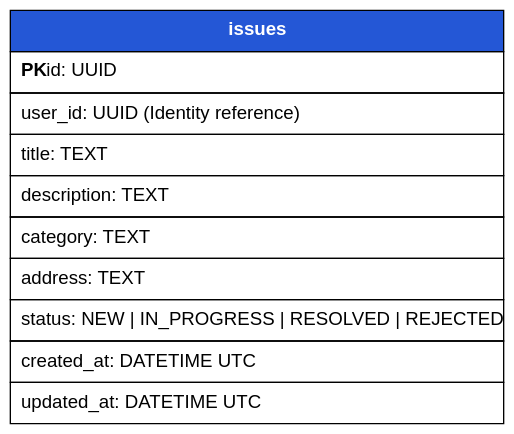
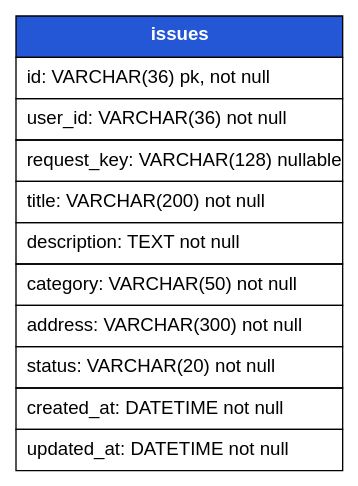
Before and after one commit to dydojopka/SmartCity: the diagram in smart-city/database-design/utility/schema.dot, drawn with Graphviz. The commit also changed 11 other files, not shown here.

```diff
--- a/smart-city/database-design/utility/schema.dot
+++ b/smart-city/database-design/utility/schema.dot
@@ -1,19 +1,5 @@
-digraph utility_schema {
-  graph [rankdir=LR, bgcolor="transparent"];
-  node [shape=plain fontname="Arial"];
-
-  issues [label=<
-    <TABLE BORDER="0" CELLBORDER="1" CELLSPACING="0" CELLPADDING="7">
-      <TR><TD BGCOLOR="#2457d6"><FONT COLOR="white"><B>issues</B></FONT></TD></TR>
-      <TR><TD ALIGN="LEFT"><B>PK</B> id: UUID</TD></TR>
-      <TR><TD ALIGN="LEFT">user_id: UUID (Identity reference)</TD></TR>
-      <TR><TD ALIGN="LEFT">title: TEXT</TD></TR>
-      <TR><TD ALIGN="LEFT">description: TEXT</TD></TR>
-      <TR><TD ALIGN="LEFT">category: TEXT</TD></TR>
-      <TR><TD ALIGN="LEFT">address: TEXT</TD></TR>
-      <TR><TD ALIGN="LEFT">status: NEW | IN_PROGRESS | RESOLVED | REJECTED</TD></TR>
-      <TR><TD ALIGN="LEFT">created_at: DATETIME UTC</TD></TR>
-      <TR><TD ALIGN="LEFT">updated_at: DATETIME UTC</TD></TR>
-    </TABLE>
-  >];
+digraph schema {
+graph [rankdir=LR, bgcolor="white"];
+node [shape=plain fontname="Arial"];
+issues [label=<<TABLE BORDER="0" CELLBORDER="1" CELLSPACING="0" CELLPADDING="7"><TR><TD BGCOLOR="#2457d6"><FONT COLOR="white"><B>issues</B></FONT></TD></TR><TR><TD ALIGN="LEFT">id: VARCHAR(36) pk, not null</TD></TR><TR><TD ALIGN="LEFT">user_id: VARCHAR(36) not null</TD></TR><TR><TD ALIGN="LEFT">request_key: VARCHAR(128) nullable</TD></TR><TR><TD ALIGN="LEFT">title: VARCHAR(200) not null</TD></TR><TR><TD ALIGN="LEFT">description: TEXT not null</TD></TR><TR><TD ALIGN="LEFT">category: VARCHAR(50) not null</TD></TR><TR><TD ALIGN="LEFT">address: VARCHAR(300) not null</TD></TR><TR><TD ALIGN="LEFT">status: VARCHAR(20) not null</TD></TR><TR><TD ALIGN="LEFT">created_at: DATETIME not null</TD></TR><TR><TD ALIGN="LEFT">updated_at: DATETIME not null</TD></TR></TABLE>>];
 }
```
